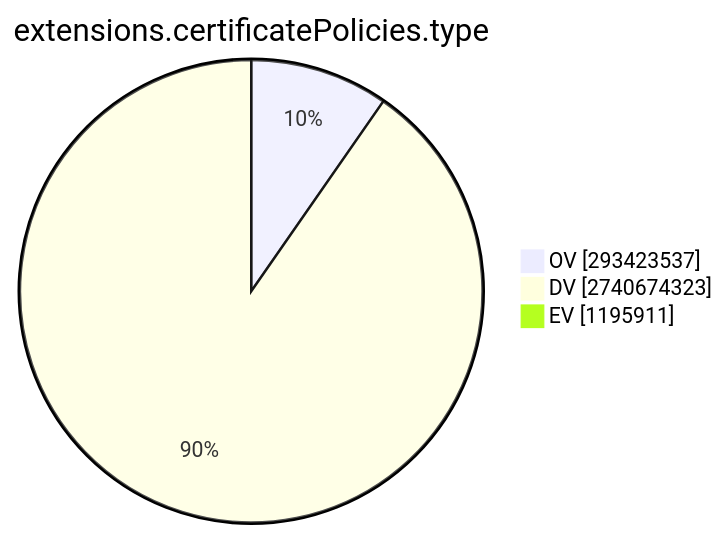
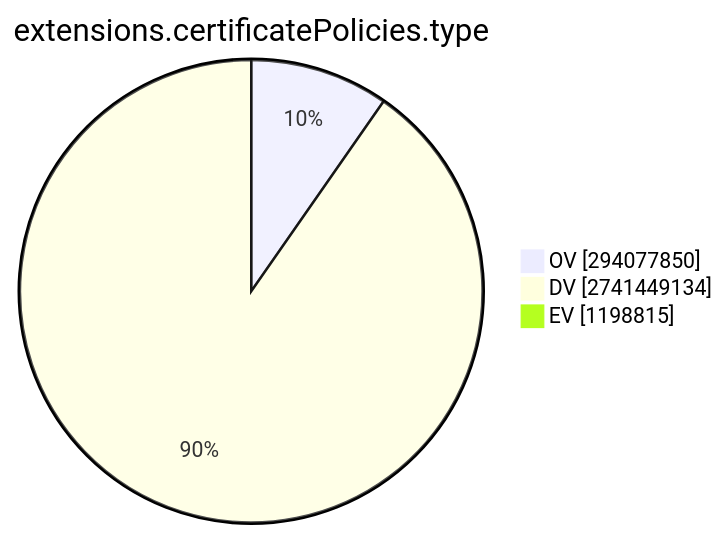
The ninth of 15 diagrams in TOTAL/README.md (christiankrug/ctmonitor_visualization), drawn with Mermaid before and after one commit. The commit also changed other lines of this file, not shown here.

````diff
--- a/TOTAL/README.md
+++ b/TOTAL/README.md
@@ -3093,7 +3093,7 @@
 ```mermaid
 pie showData
 title extensions.certificatePolicies.type
-"OV" :293423537
-"DV" :2740674323
-"EV" :1195911
+"OV" :294077850
+"DV" :2741449134
+"EV" :1198815
 ```
````
